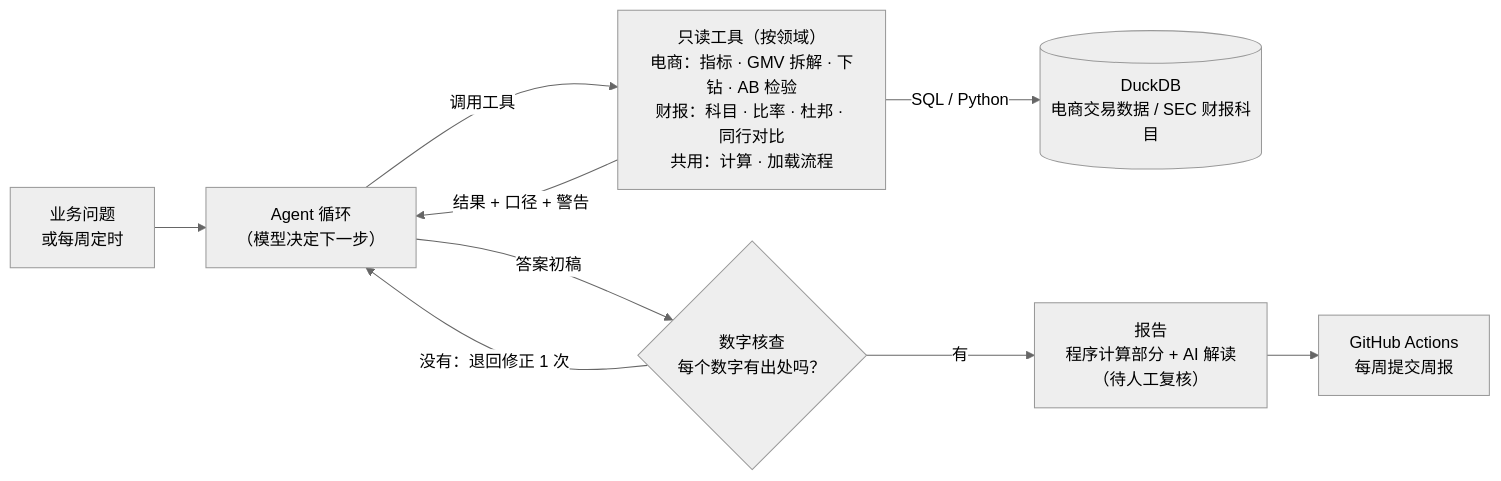
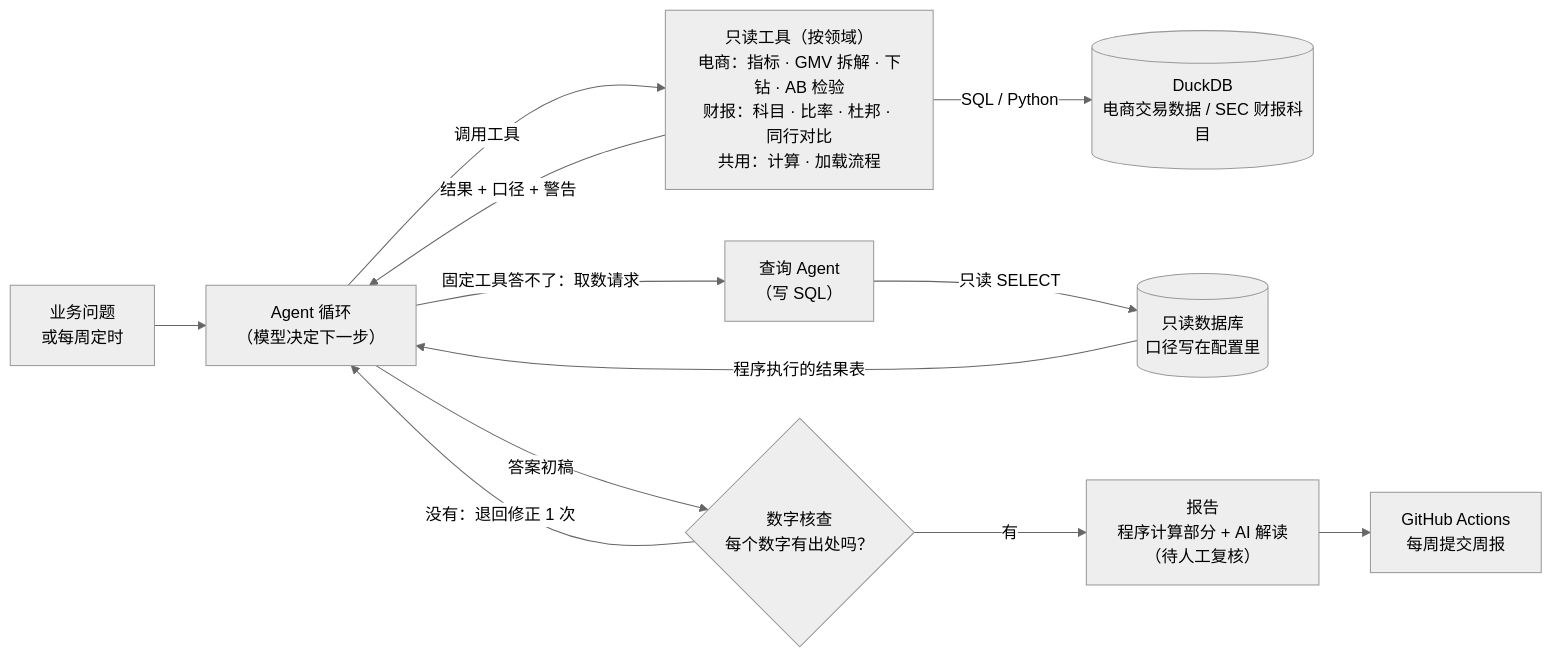
The first of 2 diagrams in README.md (Eriksas/da-agent), drawn with Mermaid (neutral theme) before and after one commit. The commit also changed other lines of this file and 5 other files, not shown here.

````diff
--- a/README.md
+++ b/README.md
@@ -14,11 +14,14 @@
 ```mermaid
 flowchart LR
     Q["业务问题<br/>或每周定时"] --> A["Agent 循环<br/>（模型决定下一步）"]
     A -- "调用工具" --> T["只读工具（按领域）<br/>电商：指标 · GMV 拆解 · 下钻 · AB 检验<br/>财报：科目 · 比率 · 杜邦 · 同行对比<br/>共用：计算 · 加载流程"]
     T -- "SQL / Python" --> D[("DuckDB<br/>电商交易数据 / SEC 财报科目")]
     T -- "结果 + 口径 + 警告" --> A
+    A -- "固定工具答不了：取数请求" --> S["查询 Agent<br/>（写 SQL）"]
+    S -- "只读 SELECT" --> RO[("只读数据库<br/>口径写在配置里")]
+    RO -- "程序执行的结果表" --> A
     A -- "答案初稿" --> C{"数字核查<br/>每个数字有出处吗？"}
     C -- "没有：退回修正 1 次" --> A
     C -- "有" --> R["报告<br/>程序计算部分 + AI 解读<br/>（待人工复核）"]
     R --> W["GitHub Actions<br/>每周提交周报"]
 ```
````
